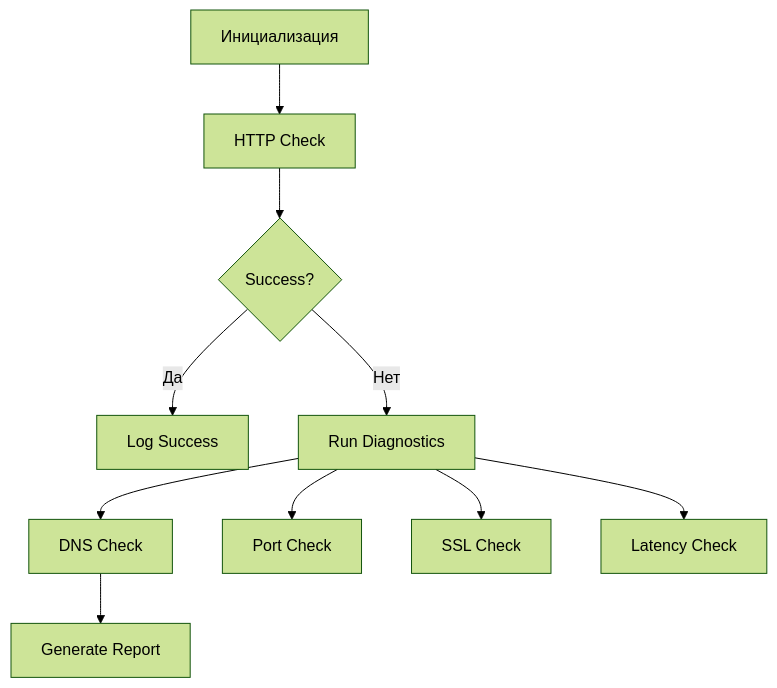
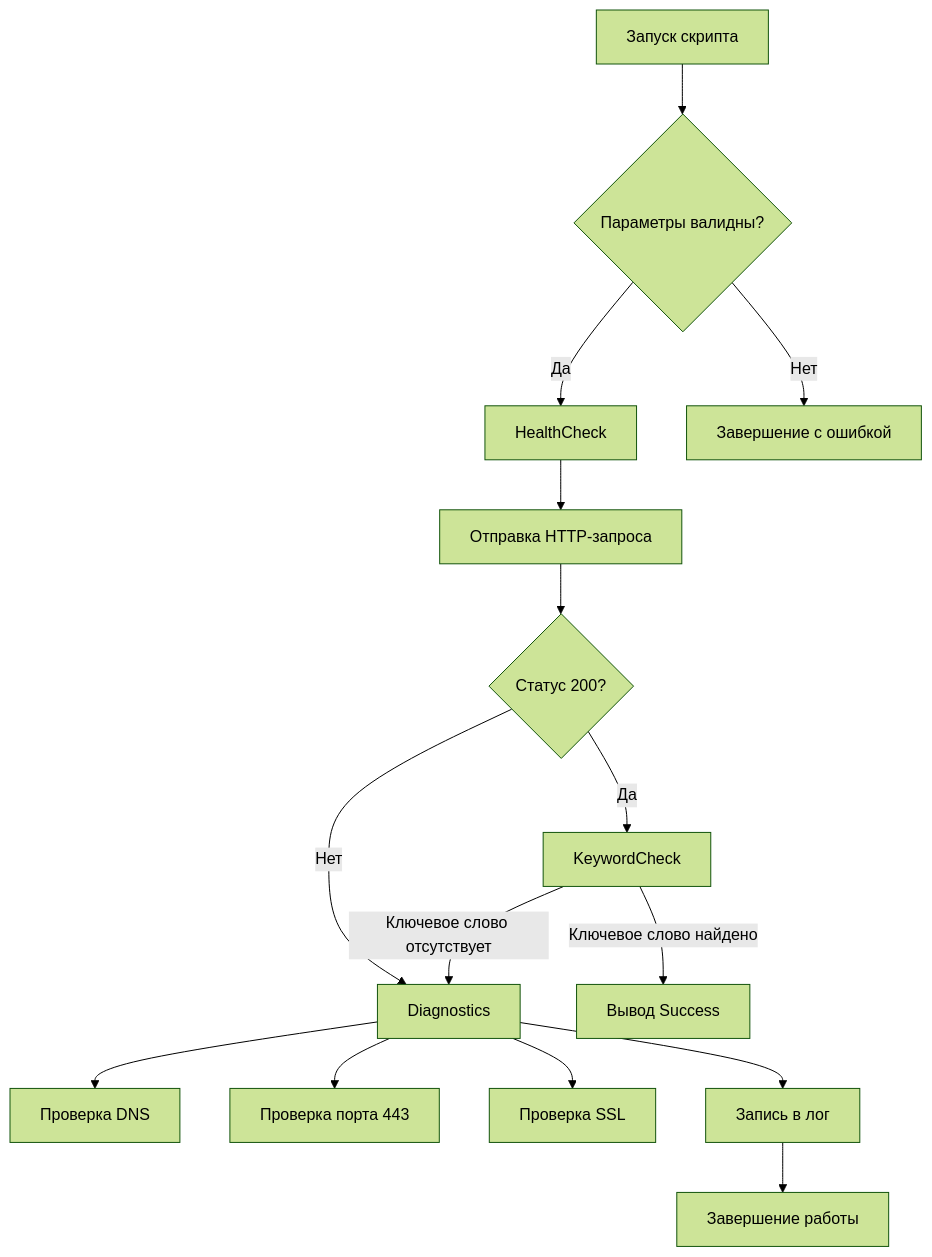
One commit to DeveloperDarkhan/servicehealth changed the diagram in README.md. Above: the diagram before and after it, drawn with Mermaid (forest theme).

Commit message:
Updated schema

````diff
--- a/README.md
+++ b/README.md
@@ -91,12 +91,17 @@
 ```mermaid
-graph TD;
-    A[Инициализация] --> B[HTTP Check];
-    B --> C{Success?};
-    C -->|Да| D[Log Success];
-    C -->|Нет| E[Run Diagnostics];
-    E --> F[DNS Check];
-    E --> G[Port Check];
-    E --> H[SSL Check];
-    E --> I[Latency Check];
-    F --> J[Generate Report];
+graph TD
+    Start[Запуск скрипта] --> ParamCheck{Параметры валидны?};
+    ParamCheck -->|Да| HealthCheck;
+    ParamCheck -->|Нет| Error[Завершение с ошибкой];
+    HealthCheck --> HTTPReq[Отправка HTTP-запроса];
+    HTTPReq --> StatusCheck{Статус 200?};
+    StatusCheck -->|Да| KeywordCheck;
+    StatusCheck -->|Нет| Diagnostics;
+    KeywordCheck -->|Ключевое слово найдено| SuccessOutput[Вывод Success];
+    KeywordCheck -->|Ключевое слово отсутствует| Diagnostics;
+    Diagnostics --> DNS[Проверка DNS];
+    Diagnostics --> Port[Проверка порта 443];
+    Diagnostics --> SSL[Проверка SSL];
+    Diagnostics --> Log[Запись в лог];
+    Log --> Exit[Завершение работы];
 ```
````
